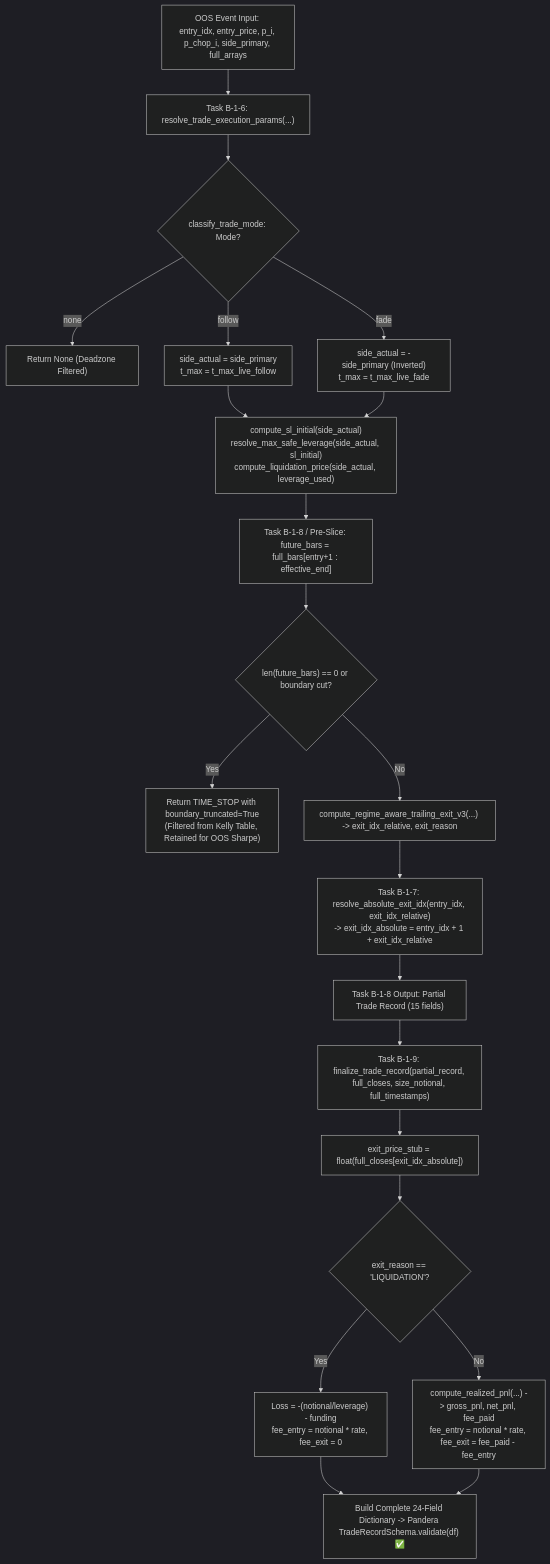
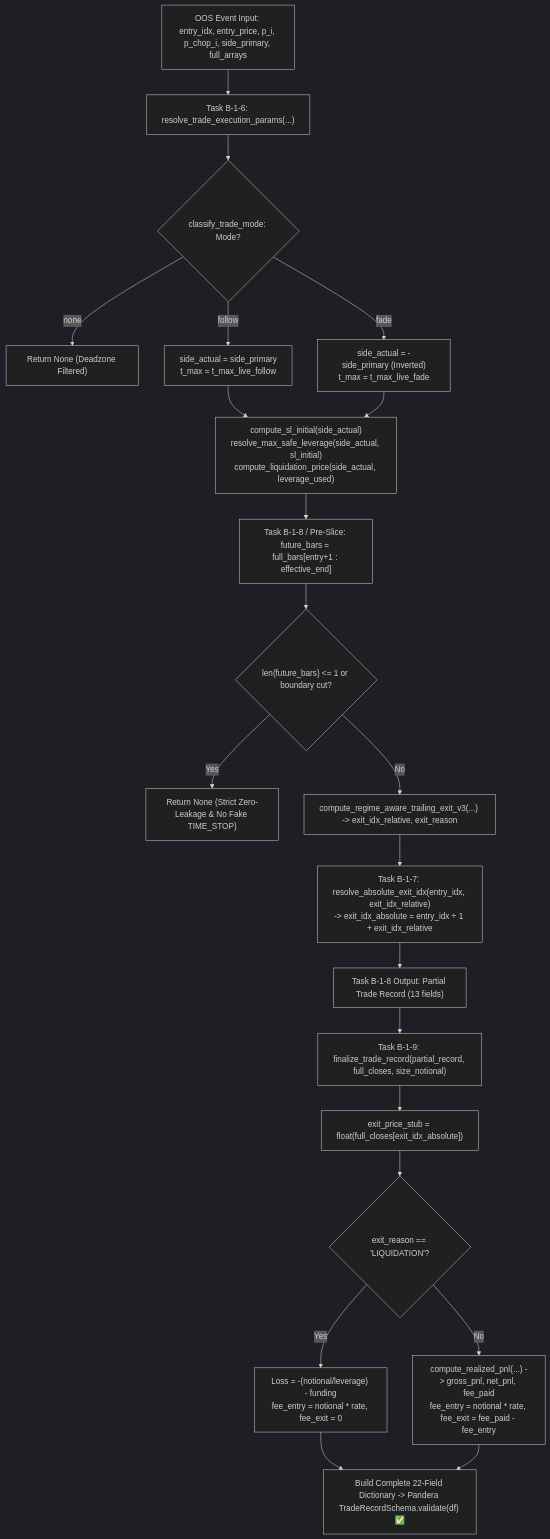
One commit to hoangcongly/1907TacticalAI changed diagram 14 of 14 in docs/engineering_audit_and_explanation_report.md. Above: the diagram before and after it, drawn with Mermaid (dark theme). The commit also changed other lines of this file, not shown here.

````diff
--- a/docs/engineering_audit_and_explanation_report.md
+++ b/docs/engineering_audit_and_explanation_report.md
@@ -1079,30 +1021,30 @@
 ```mermaid
 flowchart TD
     OOS_Event["OOS Event Input: entry_idx, entry_price, p_i, p_chop_i, side_primary, full_arrays"] --> B16["Task B-1-6: resolve_trade_execution_params(...)"]
     
     B16 --> ModeGate{"classify_trade_mode: Mode?"}
     ModeGate -->|none| DropNone1["Return None (Deadzone Filtered)"]
     ModeGate -->|follow| FollowSide["side_actual = side_primary<br/>t_max = t_max_live_follow"]
     ModeGate -->|fade| FadeSide["side_actual = -side_primary (Inverted)<br/>t_max = t_max_live_fade"]
     
     FollowSide --> CalcSL_Lev["compute_sl_initial(side_actual)<br/>resolve_max_safe_leverage(side_actual, sl_initial)<br/>compute_liquidation_price(side_actual, leverage_used)"]
     FadeSide --> CalcSL_Lev
     
     CalcSL_Lev --> B15["Task B-1-8 / Pre-Slice: future_bars = full_bars[entry+1 : effective_end]"]
-    B15 --> CheckZero{"len(future_bars) == 0 or boundary cut?"}
-    CheckZero -->|Yes| BoundaryFlag["Return TIME_STOP with boundary_truncated=True<br/>(Filtered from Kelly Table, Retained for OOS Sharpe)"]
+    B15 --> CheckZero{"len(future_bars) <= 1 or boundary cut?"}
+    CheckZero -->|Yes| DropNone2["Return None (Strict Zero-Leakage & No Fake TIME_STOP)"]
     CheckZero -->|No| RunV3["compute_regime_aware_trailing_exit_v3(...) -> exit_idx_relative, exit_reason"]
     
     RunV3 --> B17["Task B-1-7: resolve_absolute_exit_idx(entry_idx, exit_idx_relative)<br/>-> exit_idx_absolute = entry_idx + 1 + exit_idx_relative"]
-    B17 --> B18_Out["Task B-1-8 Output: Partial Trade Record (15 fields)"]
+    B17 --> B18_Out["Task B-1-8 Output: Partial Trade Record (13 fields)"]
     
-    B18_Out --> B19["Task B-1-9: finalize_trade_record(partial_record, full_closes, size_notional, full_timestamps)"]
+    B18_Out --> B19["Task B-1-9: finalize_trade_record(partial_record, full_closes, size_notional)"]
     B19 --> PriceLookup["exit_price_stub = float(full_closes[exit_idx_absolute])"]
     
     PriceLookup --> BranchPnL{"exit_reason == 'LIQUIDATION'?"}
     BranchPnL -->|Yes| LiqBranch["Loss = -(notional/leverage) - funding<br/>fee_entry = notional * rate, fee_exit = 0"]
     BranchPnL -->|No| NormalBranch["compute_realized_pnl(...) -> gross_pnl, net_pnl, fee_paid<br/>fee_entry = notional * rate, fee_exit = fee_paid - fee_entry"]
     
-    LiqBranch --> SchemaVal["Build Complete 24-Field Dictionary -> Pandera TradeRecordSchema.validate(df) ✅"]
+    LiqBranch --> SchemaVal["Build Complete 22-Field Dictionary -> Pandera TradeRecordSchema.validate(df) ✅"]
     NormalBranch --> SchemaVal
 ```
````
